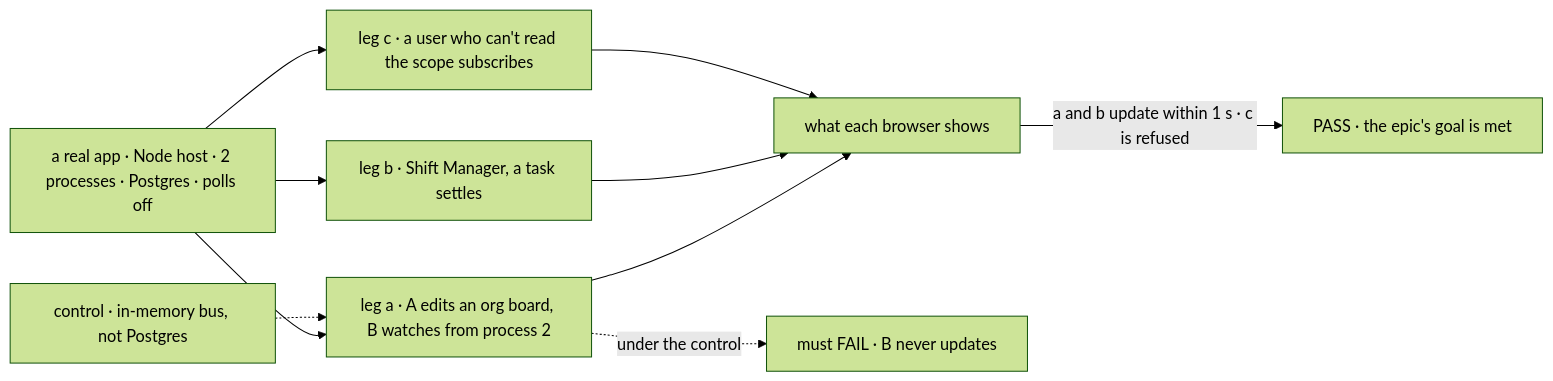
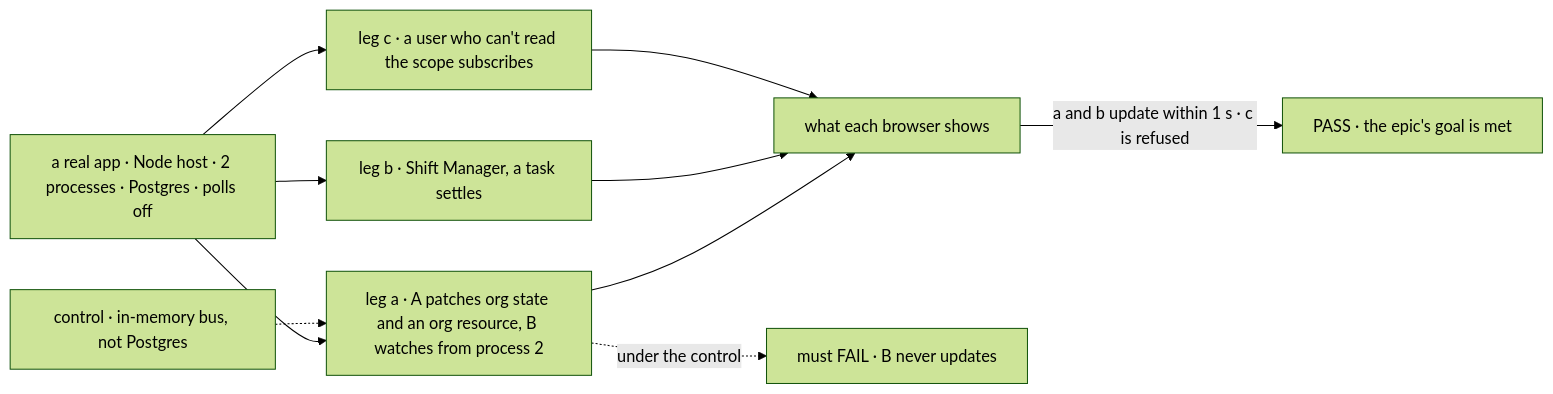
Before and after one commit to fixpoint-labs/flow-state-dev: the first of 2 diagrams in specs/epics/FIX-2367/SPEC.md, drawn with Mermaid (forest theme). The commit also changed other lines of this file and 3 other files, not shown here.

First line of the commit message:
spec(epic): scope-state writes publish too; closure patches ctx.org

````diff
--- a/specs/epics/FIX-2367/SPEC.md
+++ b/specs/epics/FIX-2367/SPEC.md
@@ -35,12 +35,12 @@
 ```mermaid
 flowchart LR
-  A["a real app · Node host · 2 processes · Postgres · polls off"] --> L1["leg a · A edits an org board, B watches from process 2"]
+  A["a real app · Node host · 2 processes · Postgres · polls off"] --> L1["leg a · A patches org state and an org resource, B watches from process 2"]
   A --> L2["leg b · Shift Manager, a task settles"]
   A --> L3["leg c · a user who can't read the scope subscribes"]
   L1 --> T["what each browser shows"]
   L2 --> T
   L3 --> T
   T -->|"a and b update within 1 s · c is refused"| P["PASS · the epic's goal is met"]
   C["control · in-memory bus, not Postgres"] -.-> L1
   L1 -.->|"under the control"| F["must FAIL · B never updates"]
 ```
````
